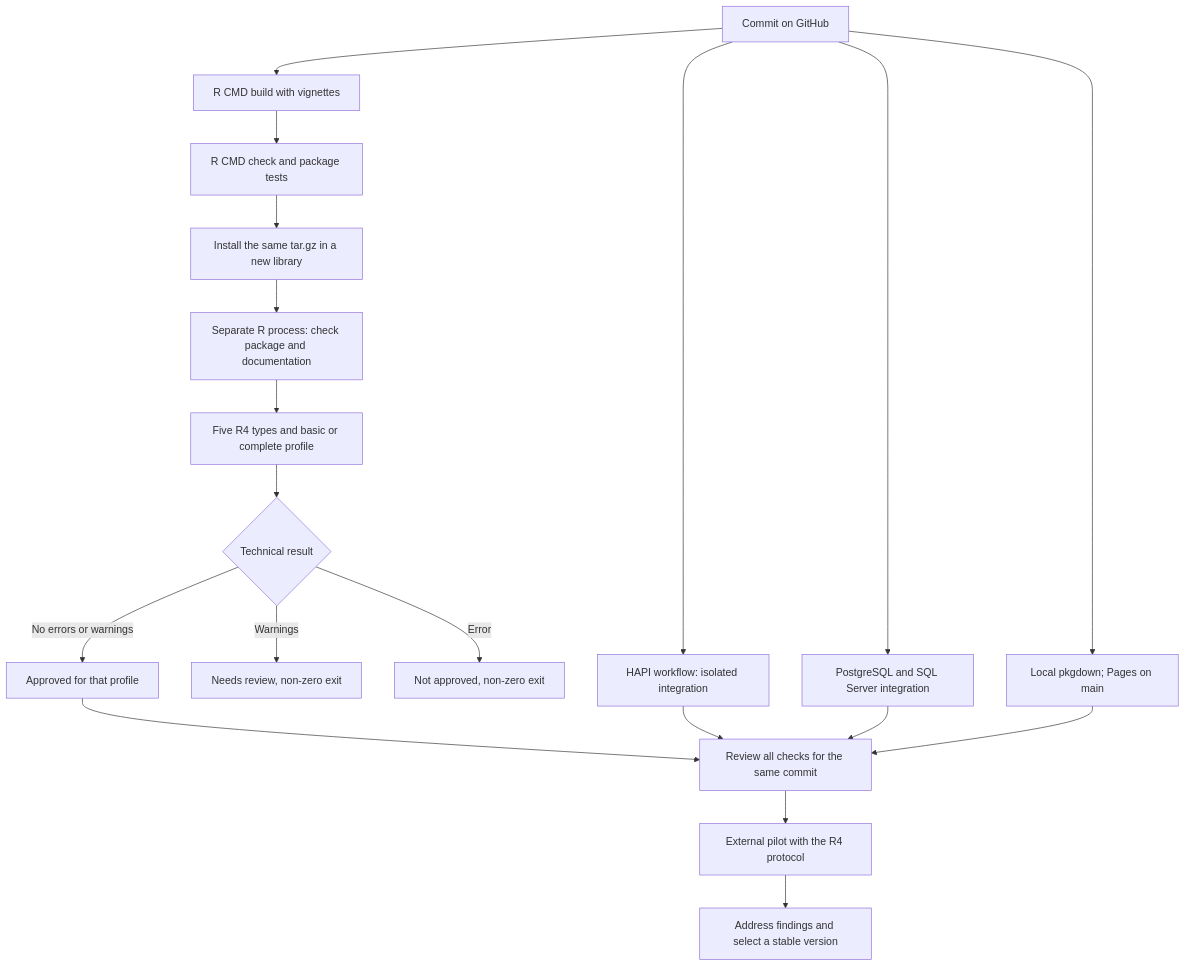
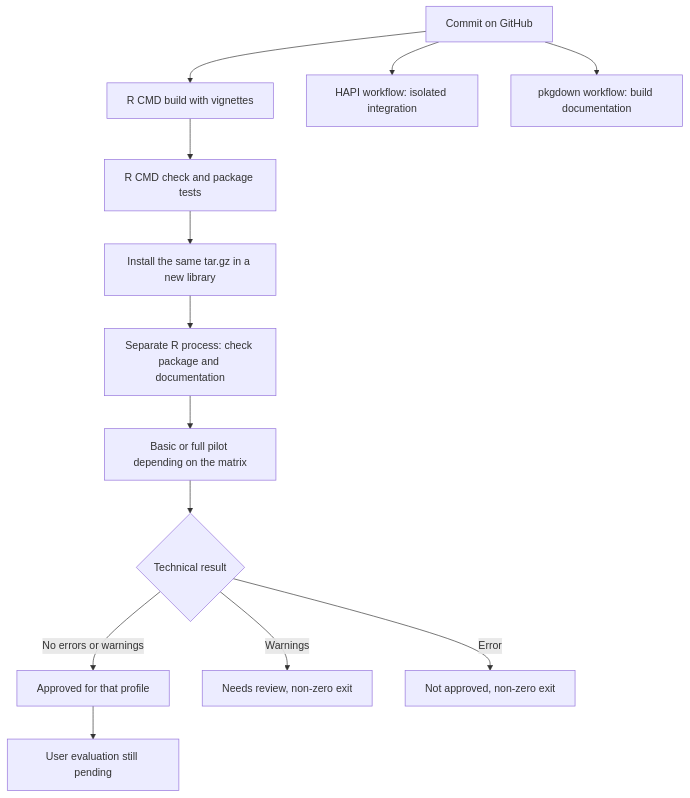
One commit to f-slg/fhirviews changed the ninth of 9 diagrams in README.en.md. Above: the diagram before and after it, drawn with Mermaid. The commit also changed other lines of this file and 75 other files, not shown here.

````diff
--- a/README.en.md
+++ b/README.en.md
@@ -1355,21 +860,15 @@
 ``` mermaid
 flowchart TD
     A["Commit on GitHub"] --> B["R CMD build with vignettes"]
     B --> C["R CMD check and package tests"]
     C --> D["Install the same tar.gz in a new library"]
     D --> E["Separate R process: check package and documentation"]
-    E --> F["Five R4 types and basic or complete profile"]
+    E --> F["Basic or full pilot depending on the matrix"]
     F --> G{"Technical result"}
     G -->|"No errors or warnings"| H["Approved for that profile"]
     G -->|"Warnings"| I["Needs review, non-zero exit"]
     G -->|"Error"| J["Not approved, non-zero exit"]
     A --> K["HAPI workflow: isolated integration"]
-    A --> L["PostgreSQL and SQL Server integration"]
-    A --> P["Local pkgdown; Pages on main"]
-    H --> T["Review all checks for the same commit"]
-    K --> T
-    L --> T
-    P --> T
-    T --> M["External pilot with the R4 protocol"]
-    M --> N["Address findings and select a stable version"]
+    A --> L["pkgdown workflow: build documentation"]
+    H --> M["User evaluation still pending"]
 ```
````
